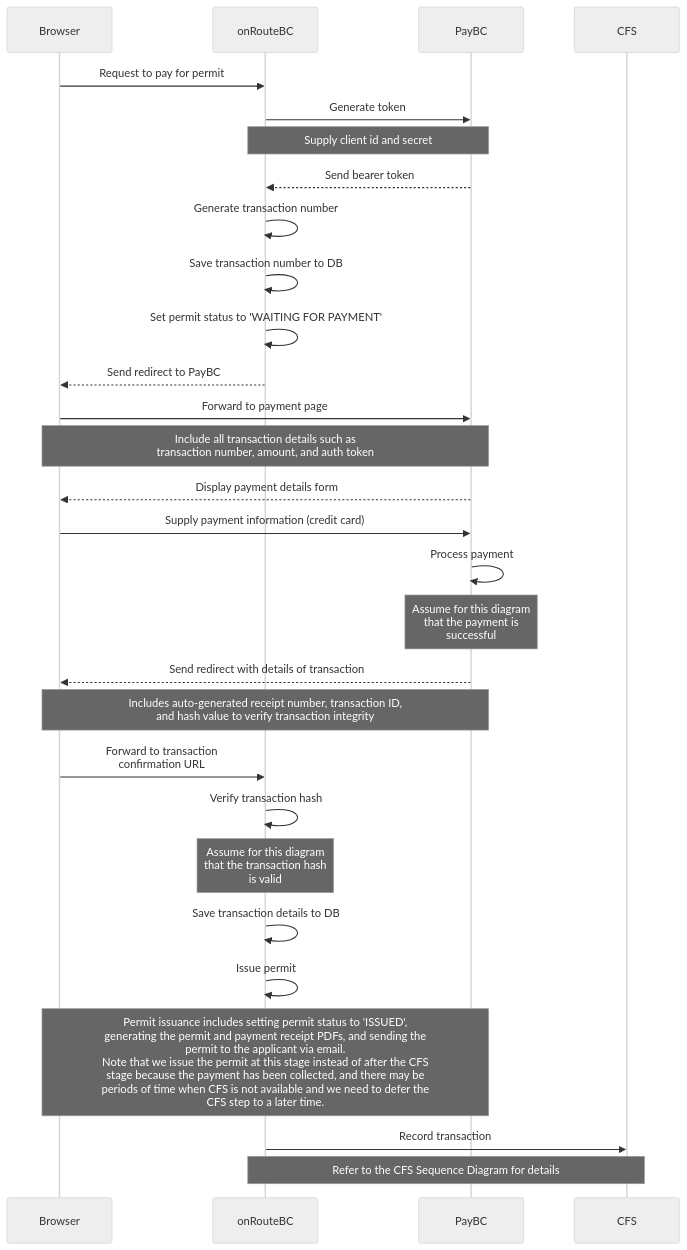
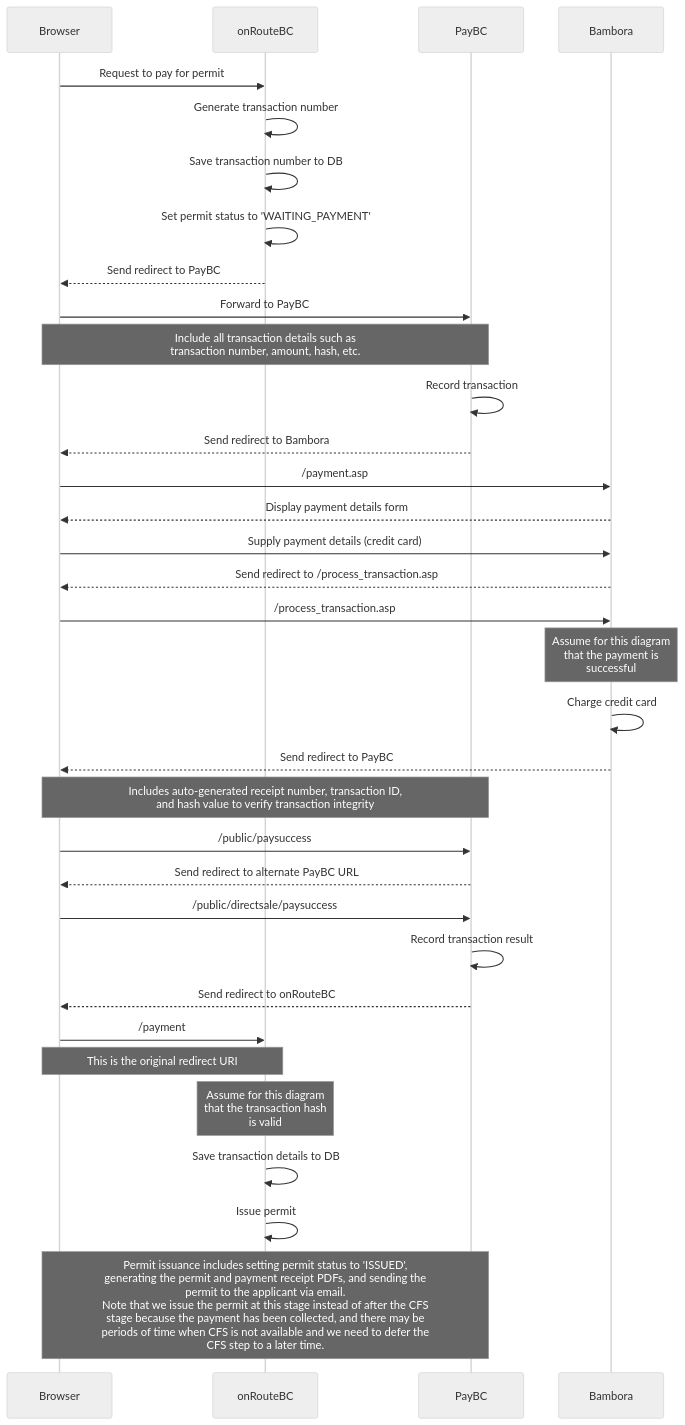
Before and after one commit to bcgov/onroutebc: the diagram in common/payment/PayBC Sequence.md, drawn with Mermaid (neutral theme). The commit also changed 1 other file, not shown here.

Commit message:
Update PayBC documentation

````diff
--- a/common/payment/PayBC Sequence.md
+++ b/common/payment/PayBC Sequence.md
@@ -3,31 +3,32 @@
 ```mermaid
 sequenceDiagram
-    participant Browser
-    participant onRouteBC
-    participant PayBC
-    participant CFS
     Browser->>onRouteBC: Request to pay for permit
-    onRouteBC->>PayBC: Generate token
-    note over onRouteBC,PayBC: Supply client id and secret
-    PayBC-->>onRouteBC: Send bearer token
     onRouteBC->>onRouteBC: Generate transaction number
     onRouteBC->>onRouteBC: Save transaction number to DB
-    onRouteBC->>onRouteBC: Set permit status to 'WAITING FOR PAYMENT'
+    onRouteBC->>onRouteBC: Set permit status to 'WAITING_PAYMENT'
     onRouteBC-->>Browser: Send redirect to PayBC
-    Browser->>PayBC: Forward to payment page
-    note over Browser,PayBC: Include all transaction details such as<br/>transaction number, amount, and auth token
-    PayBC-->>Browser: Display payment details form
-    Browser->>PayBC: Supply payment information (credit card)
-    PayBC->>PayBC: Process payment
-    note over PayBC: Assume for this diagram<br/>that the payment is<br/>successful
-    PayBC-->>Browser: Send redirect with details of transaction
+    Browser->>PayBC: Forward to PayBC
+    note over Browser,PayBC: Include all transaction details such as<br/>transaction number, amount, hash, etc.
+    PayBC->>PayBC: Record transaction
+    PayBC-->>Browser: Send redirect to Bambora
+    Browser->>Bambora: /payment.asp
+    Bambora-->>Browser: Display payment details form
+    Browser->>Bambora: Supply payment details (credit card)
+    Bambora-->>Browser: Send redirect to /process_transaction.asp
+    Browser->>Bambora: /process_transaction.asp
+    note over Bambora: Assume for this diagram<br/>that the payment is<br/>successful
+    Bambora->>Bambora: Charge credit card
+    Bambora-->>Browser: Send redirect to PayBC
     note over Browser,PayBC: Includes auto-generated receipt number, transaction ID,<br/>and hash value to verify transaction integrity
-    Browser->>onRouteBC: Forward to transaction<br/>confirmation URL
-    onRouteBC->>onRouteBC: Verify transaction hash
+    Browser->>PayBC: /public/paysuccess
+    PayBC-->>Browser: Send redirect to alternate PayBC URL
+    Browser->>PayBC: /public/directsale/paysuccess
+    PayBC->>PayBC: Record transaction result
+    PayBC-->>Browser: Send redirect to onRouteBC
+    Browser->>onRouteBC: /payment
+    Note over Browser,onRouteBC: This is the original redirect URI
     note over onRouteBC: Assume for this diagram<br/>that the transaction hash<br/>is valid
     onRouteBC->>onRouteBC: Save transaction details to DB
     onRouteBC->>onRouteBC: Issue permit
     note over Browser,PayBC: Permit issuance includes setting permit status to 'ISSUED',<br/>generating the permit and payment receipt PDFs, and sending the<br/>permit to the applicant via email.<br/>Note that we issue the permit at this stage instead of after the CFS<br/>stage because the payment has been collected, and there may be<br/>periods of time when CFS is not available and we need to defer the<br/>CFS step to a later time.
-    onRouteBC->>CFS: Record transaction
-    note over onRouteBC,CFS: Refer to the CFS Sequence Diagram for details
 ```
````
